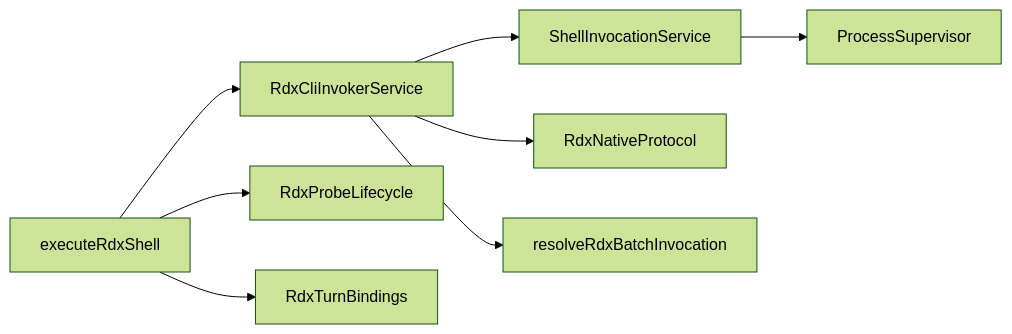
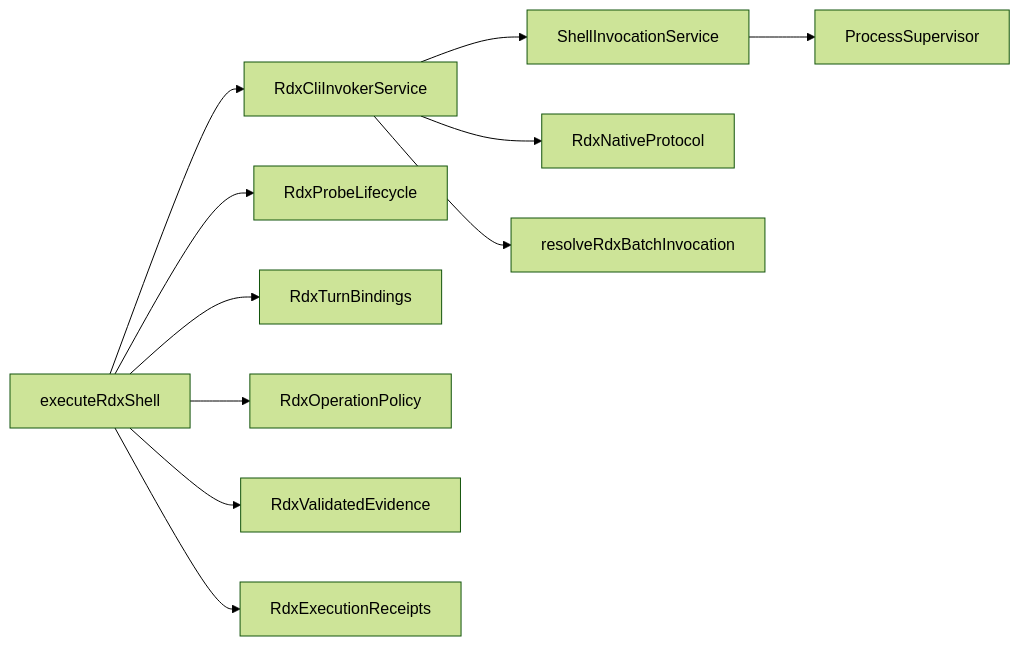
The fifth of 6 diagrams in .qoder/repowiki/zh/content/架构设计/核心组件设计/CLI调用器设计/CLI调用器设计.md (haolange/RDC-Agent), drawn with Mermaid (forest theme) before and after one commit. The commit also changed other lines of this file and 221 other files, not shown here.

````diff
--- a/.qoder/repowiki/zh/content/架构设计/核心组件设计/CLI调用器设计/CLI调用器设计.md
+++ b/.qoder/repowiki/zh/content/架构设计/核心组件设计/CLI调用器设计/CLI调用器设计.md
@@ -318,10 +394,13 @@
 ```mermaid
 graph LR
 A["RdxCliInvokerService"] --> B["ShellInvocationService"]
 B --> C["ProcessSupervisor"]
 A --> D["RdxNativeProtocol"]
 A --> E["resolveRdxBatchInvocation"]
 F["executeRdxShell"] --> A
 F --> G["RdxProbeLifecycle"]
 F --> H["RdxTurnBindings"]
+F --> I["RdxOperationPolicy"]
+F --> J["RdxValidatedEvidence"]
+F --> K["RdxExecutionReceipts"]
 ```
````
